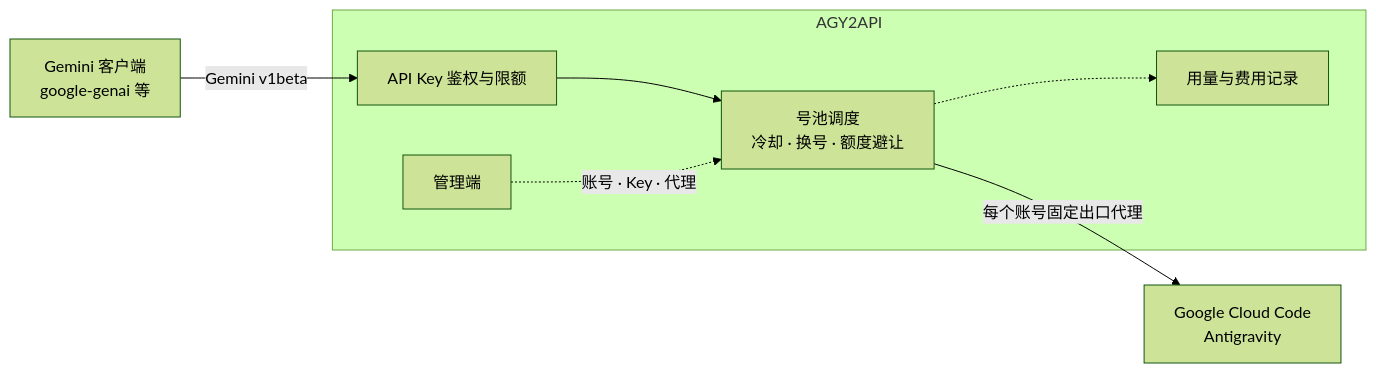
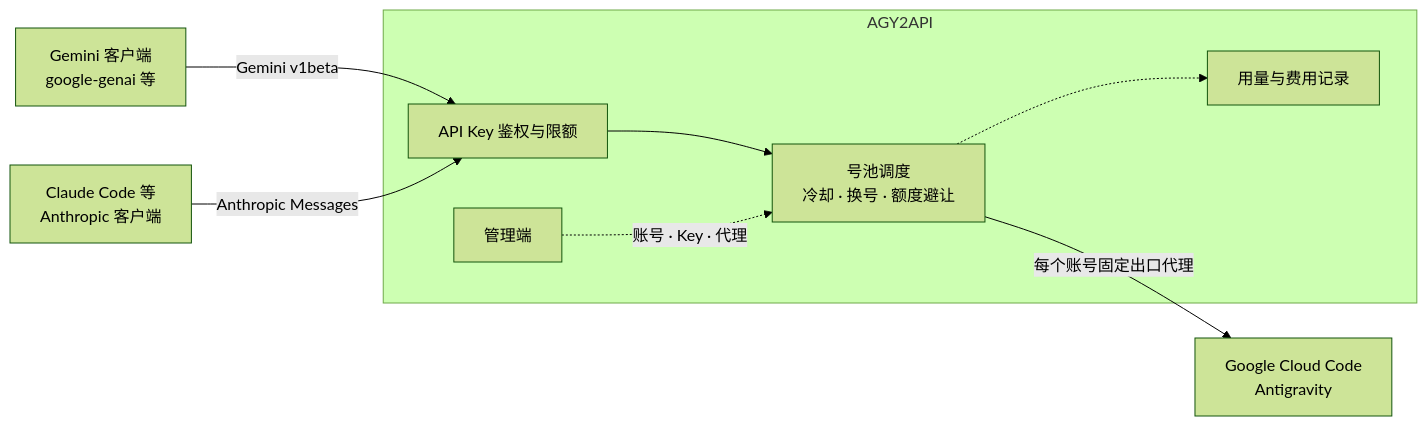
One commit to shiceai/agy2api changed the diagram in README.md. Above: the diagram before and after it, drawn with Mermaid (forest theme). The commit also changed other lines of this file and 3 other files, not shown here.

First line of the commit message:
docs: document the Anthropic API, model aliases and Claude Code compatibility

````diff
--- a/README.md
+++ b/README.md
@@ -44,10 +45,11 @@
 ```mermaid
 flowchart LR
     client["Gemini 客户端<br/>google-genai 等"] -->|Gemini v1beta| auth
+    claude["Claude Code 等<br/>Anthropic 客户端"] -->|Anthropic Messages| auth
     subgraph gw["AGY2API"]
         auth["API Key 鉴权与限额"] --> pool["号池调度<br/>冷却 · 换号 · 额度避让"]
         pool -.-> usage["用量与费用记录"]
         admin["管理端"] -.->|账号 · Key · 代理| pool
     end
     pool -->|每个账号固定出口代理| cc["Google Cloud Code<br/>Antigravity"]
 ```
````
